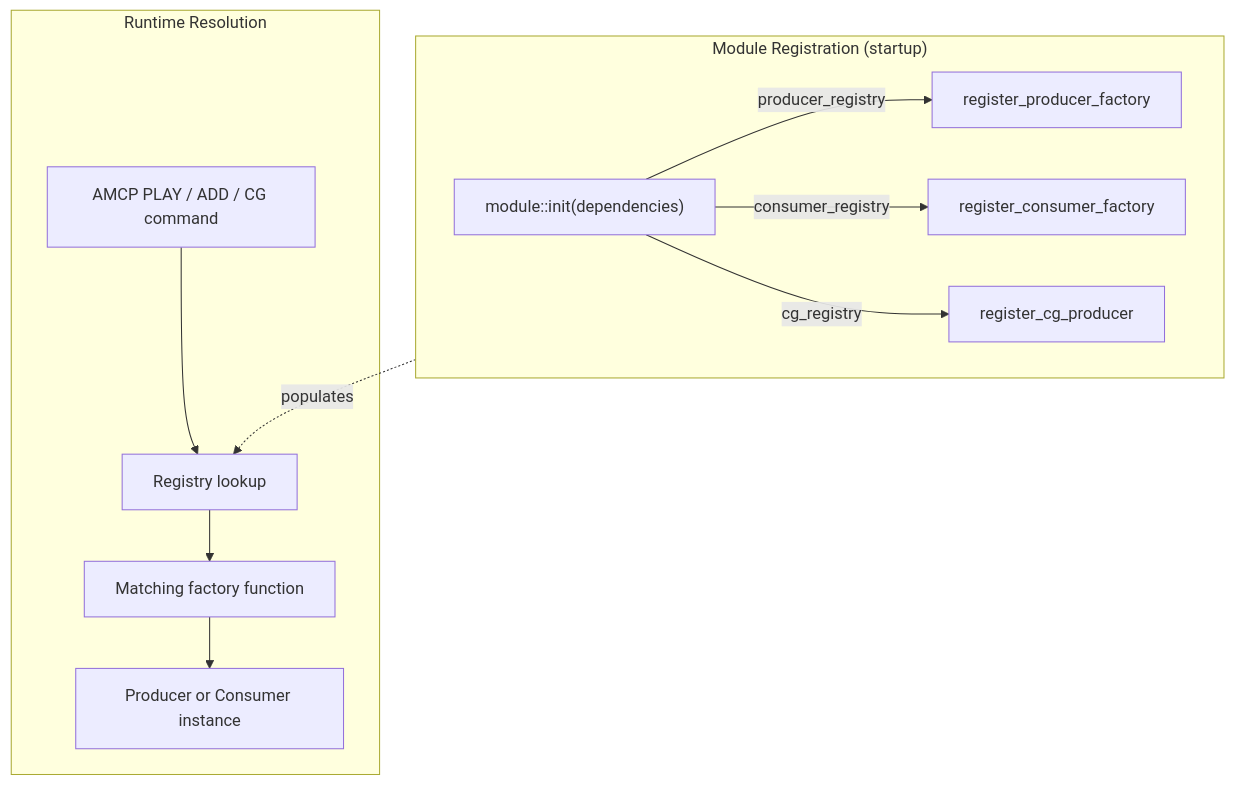
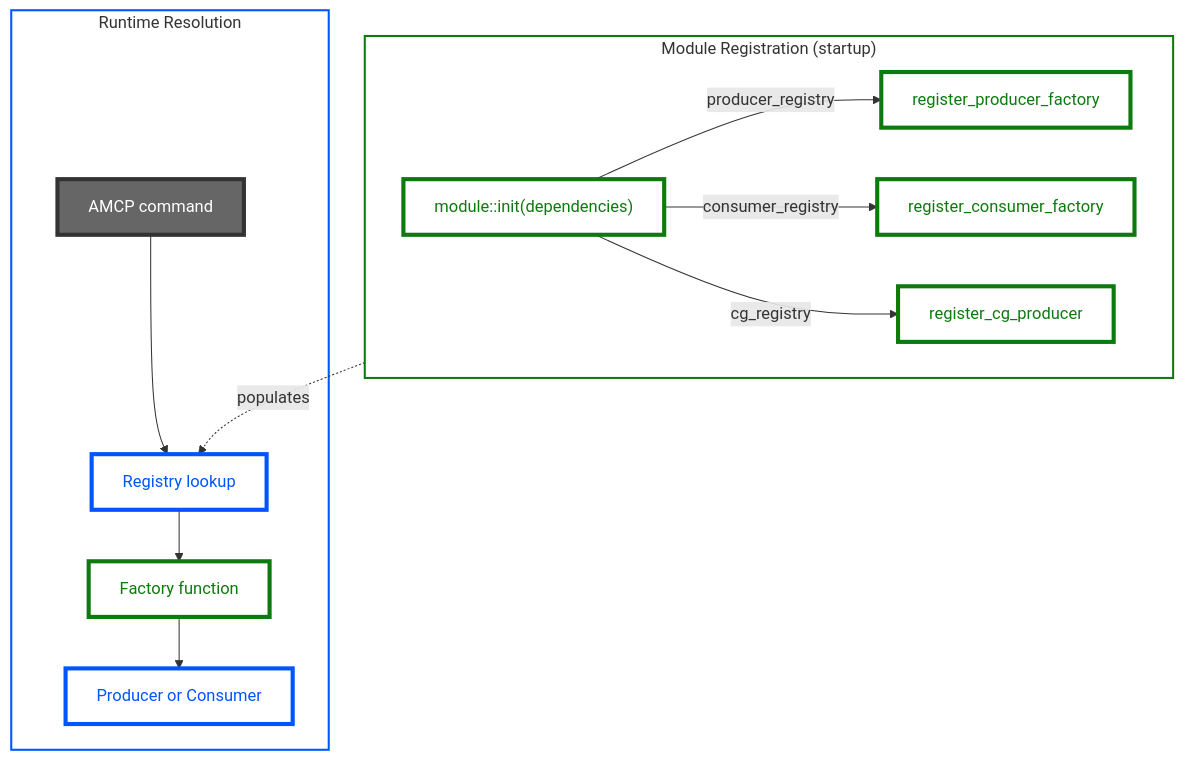
The fifth of 10 diagrams in docs/architecture.md (den-frie-vilje/casparCG), drawn with Mermaid before and after one commit. The commit also changed other lines of this file, not shown here.

Commit message:
docs: style diagrams with blue, dark green, and golden yellow

````diff
--- a/docs/architecture.md
+++ b/docs/architecture.md
@@ -270,17 +305,26 @@
 ```mermaid
 flowchart TB
+    classDef coreNode fill:#FFF,color:#0055FF,stroke:#0055FF,stroke-width:4px
+    classDef moduleNode fill:#FFF,color:#0D7A0D,stroke:#0D7A0D,stroke-width:4px
+    classDef ctrlNode fill:#666,color:#FFF,stroke:#333,stroke-width:4px
+    classDef sgStartup stroke:#0D7A0D,fill:#FFF,stroke-width:2px
+    classDef sgRuntime stroke:#0055FF,fill:#FFF,stroke-width:2px
+
     subgraph Registration["Module Registration (startup)"]
-        MOD_INIT["module::init(dependencies)"]
-        MOD_INIT -->|producer_registry| PR[register_producer_factory]
-        MOD_INIT -->|consumer_registry| CR[register_consumer_factory]
-        MOD_INIT -->|cg_registry| CG[register_cg_producer]
+        MOD_INIT["module::init(dependencies)"]:::moduleNode
+        MOD_INIT -->|producer_registry| PR[register_producer_factory]:::moduleNode
+        MOD_INIT -->|consumer_registry| CR[register_consumer_factory]:::moduleNode
+        MOD_INIT -->|cg_registry| CG[register_cg_producer]:::moduleNode
     end
 
     subgraph Runtime["Runtime Resolution"]
-        AMCP_CMD[AMCP PLAY / ADD / CG command] --> RESOLVE[Registry lookup]
-        RESOLVE --> FACTORY[Matching factory function]
-        FACTORY --> INSTANCE[Producer or Consumer instance]
+        AMCP_CMD[AMCP command]:::ctrlNode --> RESOLVE[Registry lookup]:::coreNode
+        RESOLVE --> FACTORY[Factory function]:::moduleNode
+        FACTORY --> INSTANCE[Producer or Consumer]:::coreNode
     end
 
     Registration -.->|populates| RESOLVE
+
+    class Registration sgStartup
+    class Runtime sgRuntime
 ```
````
